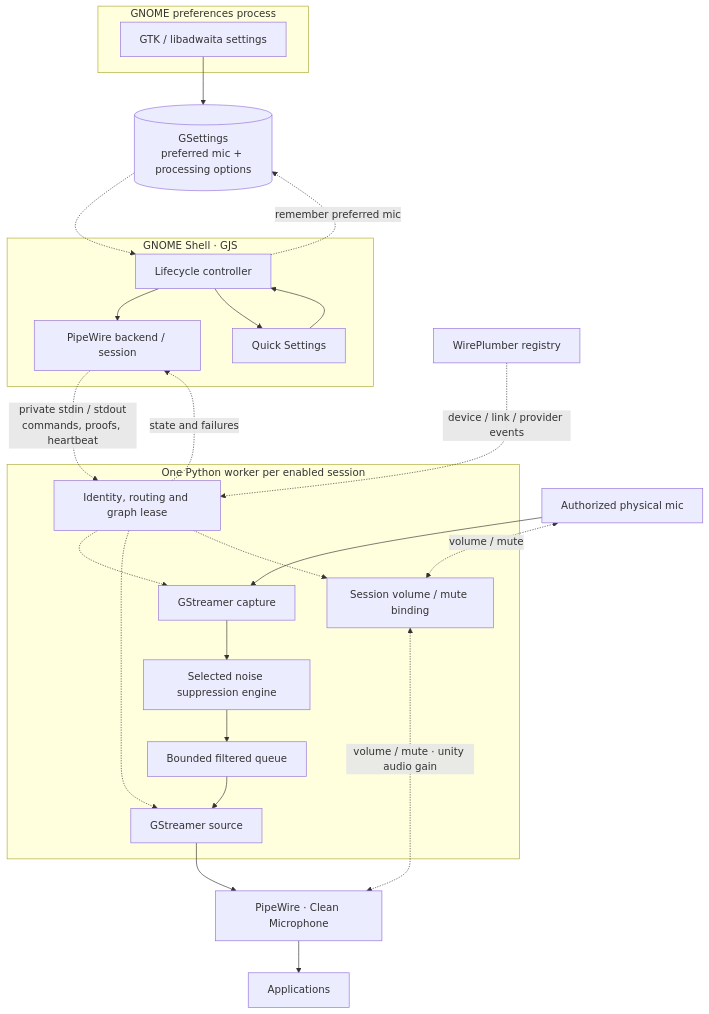
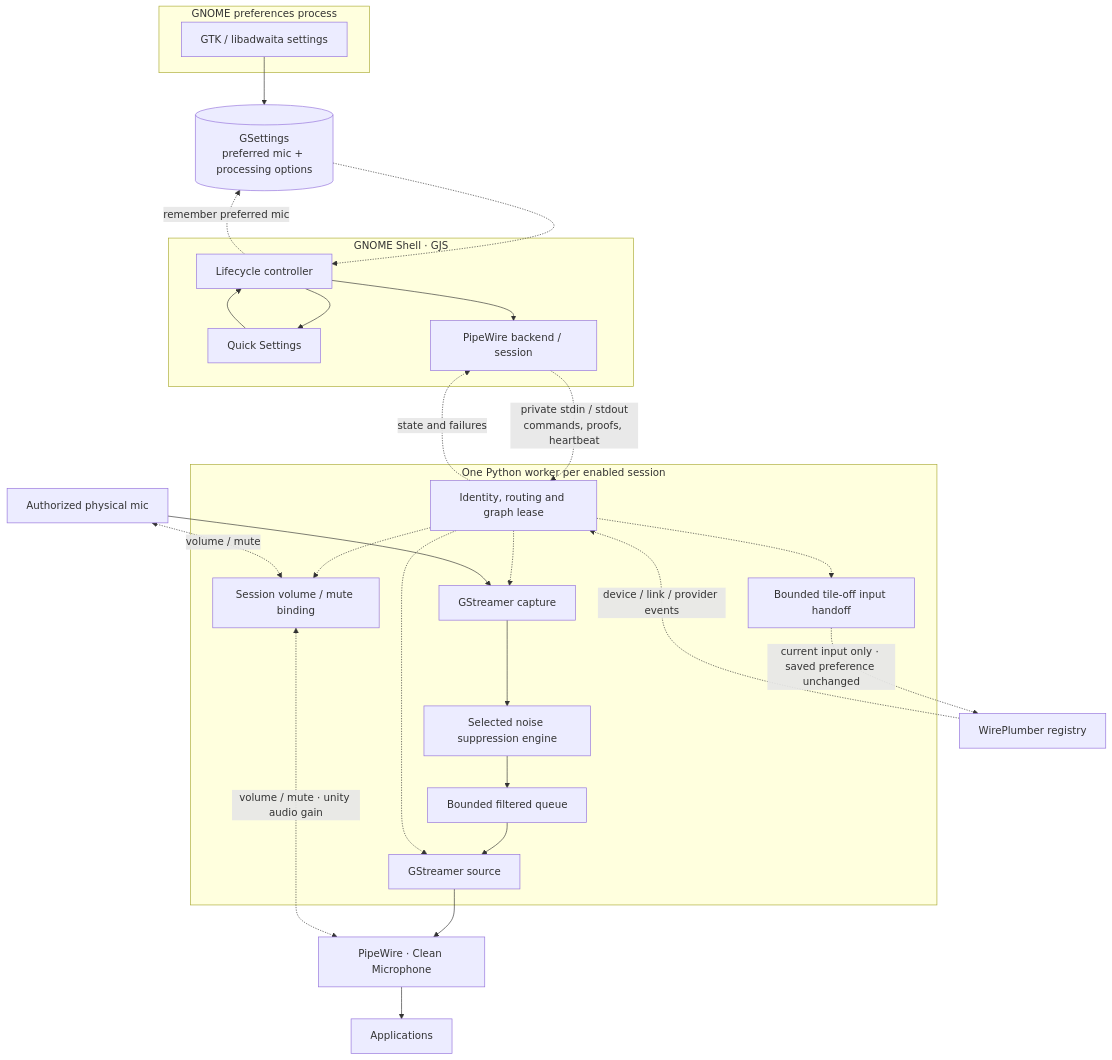
One commit to Bodyash/gnome-noise-cancellation changed the first of 3 diagrams in docs/ARCHITECTURE.md. Above: the diagram before and after it, drawn with Mermaid. The commit also changed other lines of this file and 20 other files, not shown here.

Commit message:
fix: hand off default input before removing Clean Microphone

````diff
--- a/docs/ARCHITECTURE.md
+++ b/docs/ARCHITECTURE.md
@@ -9,31 +9,34 @@
 ```mermaid
 flowchart TB
     subgraph Preferences["GNOME preferences process"]
         Settings["GTK / libadwaita settings"]
     end
     Saved[("GSettings<br/>preferred mic + processing options")]
     subgraph Shell["GNOME Shell · GJS"]
         Tile["Quick Settings"] --> Controller["Lifecycle controller"]
         Controller --> Adapter["PipeWire backend / session"]
         Controller --> Tile
     end
     subgraph Worker["One Python worker per enabled session"]
         Supervisor["Identity, routing and graph lease"]
         Mixer["Session volume / mute binding"]
+        Handoff["Bounded tile-off input handoff"]
         Capture["GStreamer capture"] --> Engine["Selected noise suppression engine"]
         Engine --> Queue["Bounded filtered queue"] --> Output["GStreamer source"]
         Supervisor -.-> Capture
         Supervisor -.-> Output
         Supervisor -.-> Mixer
+        Supervisor -.-> Handoff
     end
     Mic["Authorized physical mic"] --> Capture
     Output --> Clean["PipeWire · Clean Microphone"] --> Apps["Applications"]
     Mic <-.->|"volume / mute"| Mixer
     Mixer <-.->|"volume / mute · unity audio gain"| Clean
+    Handoff -.->|"current input only · saved preference unchanged"| WP
     Settings --> Saved
     Saved -.-> Controller
     Controller -.->|"remember preferred mic"| Saved
     Adapter -.->|"private stdin / stdout<br/>commands, proofs, heartbeat"| Supervisor
     Supervisor -.->|"state and failures"| Adapter
     WP["WirePlumber registry"] -.->|"device / link / provider events"| Supervisor
 ```
````
